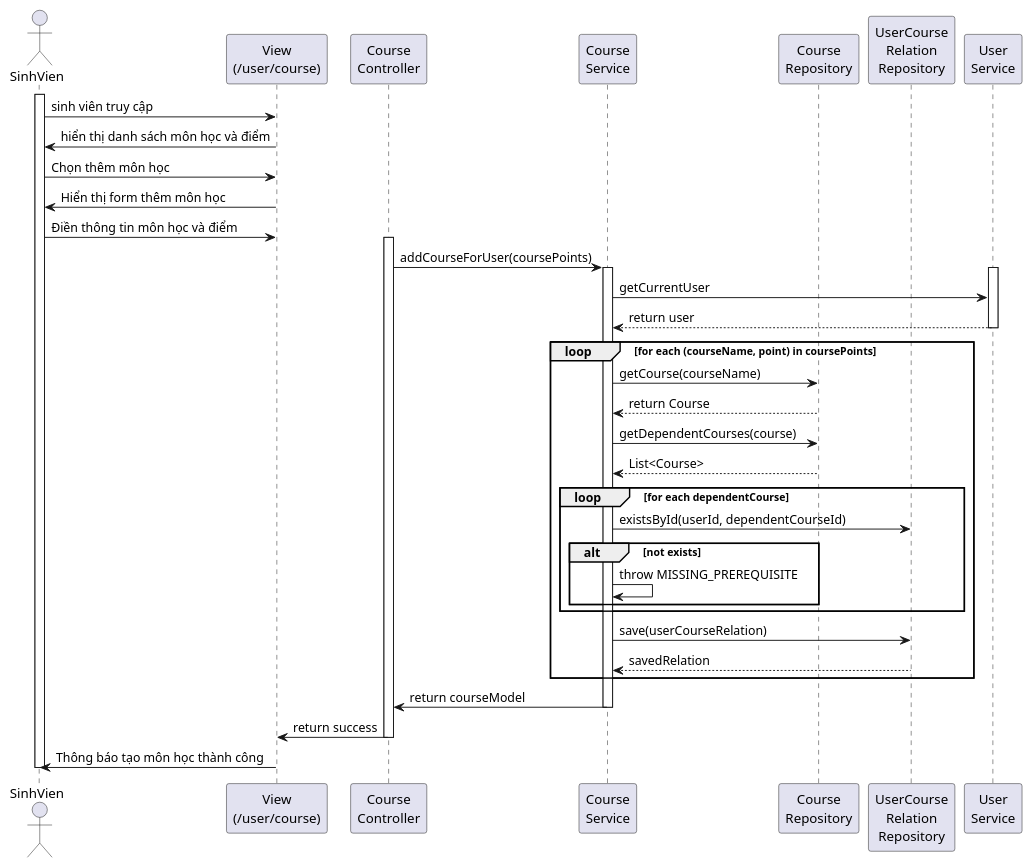
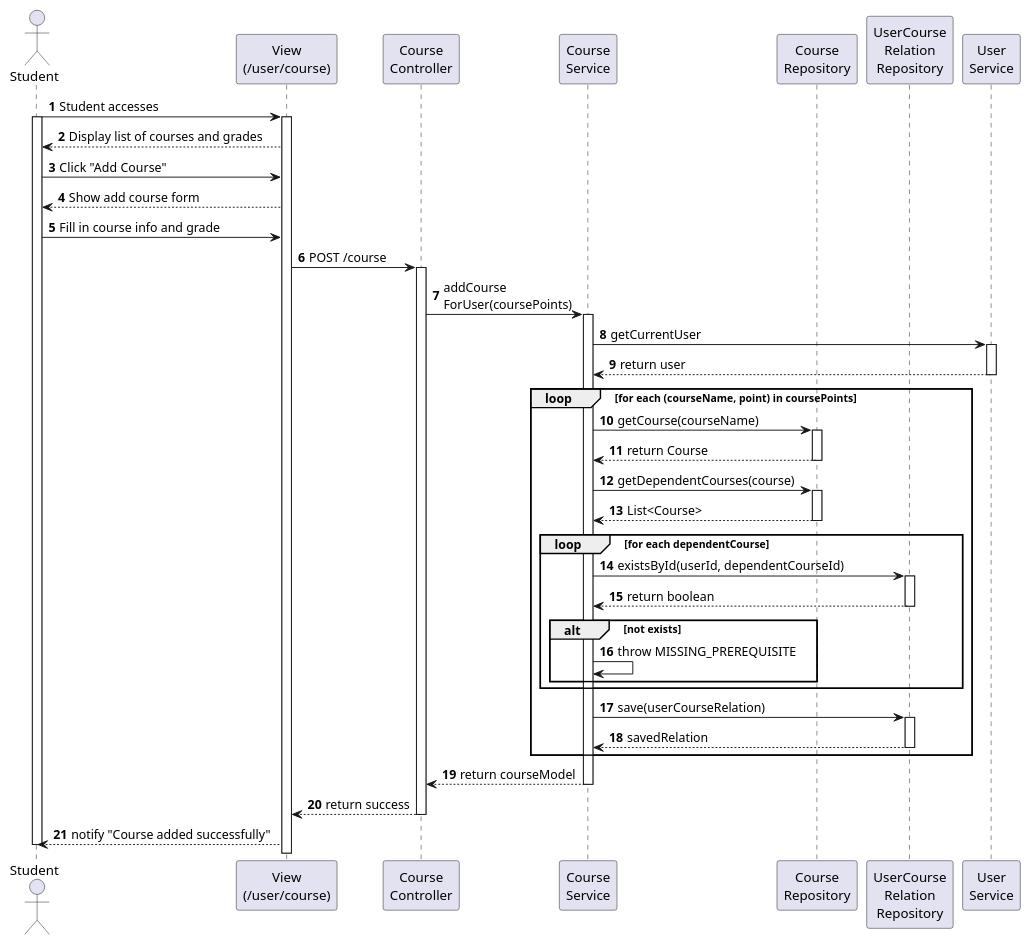
One commit to tandang2003/KLTN-Agile-Scrum-Tuan-Duc changed the diagram in swagger/sequence/student/info_add_course.puml. Above: the diagram before and after it, drawn with PlantUML. The commit also changed 59 other files, not shown here.

First line of the commit message:
Feat/sequence (#210)

```diff
--- a/swagger/sequence/student/info_add_course.puml
+++ b/swagger/sequence/student/info_add_course.puml
@@ -1,55 +1,64 @@
 @startuml
-
-actor SinhVien as SV
+autonumber
+actor Student as SV
 
 participant "View\n(/user/course)" as View
 participant "Course\nController" as Controller
 participant "Course\nService" as Service
 participant "Course\nRepository" as CourseRepo
 participant "UserCourse\nRelation\nRepository" as UCRRepo
 participant "User\nService" as UService
 
+SV -> View : Student accesses
 activate SV
-SV -> View : sinh viên truy cập
-View -> SV : hiển thị danh sách môn học và điểm
-SV -> View : Chọn thêm môn học
-View -> SV : Hiển thị form thêm môn học
-SV -> View : Điền thông tin môn học và điểm
-
+activate View
+View --> SV : Display list of courses and grades
+SV -> View : Click "Add Course"
+View --> SV : Show add course form
+SV -> View : Fill in course info and grade
+View -> Controller: POST /course
 activate Controller
-Controller -> Service : addCourseForUser(coursePoints)
+Controller -> Service : addCourse\nForUser(coursePoints)
 activate Service
 
+Service -> UService: getCurrentUser
 activate UService
-Service -> UService: getCurrentUser
 UService --> Service: return user
 deactivate UService
 
 loop for each (courseName, point) in coursePoints
     Service -> CourseRepo : getCourse(courseName)
+    activate CourseRepo
     CourseRepo --> Service : return Course
-
+    deactivate CourseRepo
     Service -> CourseRepo : getDependentCourses(course)
+    activate CourseRepo
     CourseRepo --> Service : List<Course>
+    deactivate CourseRepo
 
     loop for each dependentCourse
         Service -> UCRRepo : existsById(userId, dependentCourseId)
+        activate UCRRepo
+        UCRRepo --> Service: return boolean
+        deactivate UCRRepo
         alt not exists
             Service -> Service : throw MISSING_PREREQUISITE
         end
     end
 
     Service -> UCRRepo : save(userCourseRelation)
+    activate UCRRepo
     UCRRepo --> Service : savedRelation
+    deactivate UCRRepo
 end
 
-Service -> Controller : return courseModel
+Service --> Controller : return courseModel
 deactivate Service
 
-Controller -> View : return success
+Controller --> View : return success
 deactivate Controller
 
-View -> SV : Thông báo tạo môn học thành công
-deactivate SV 
+View --> SV : notify "Course added successfully"
+deactivate SV
 
 @enduml
```
